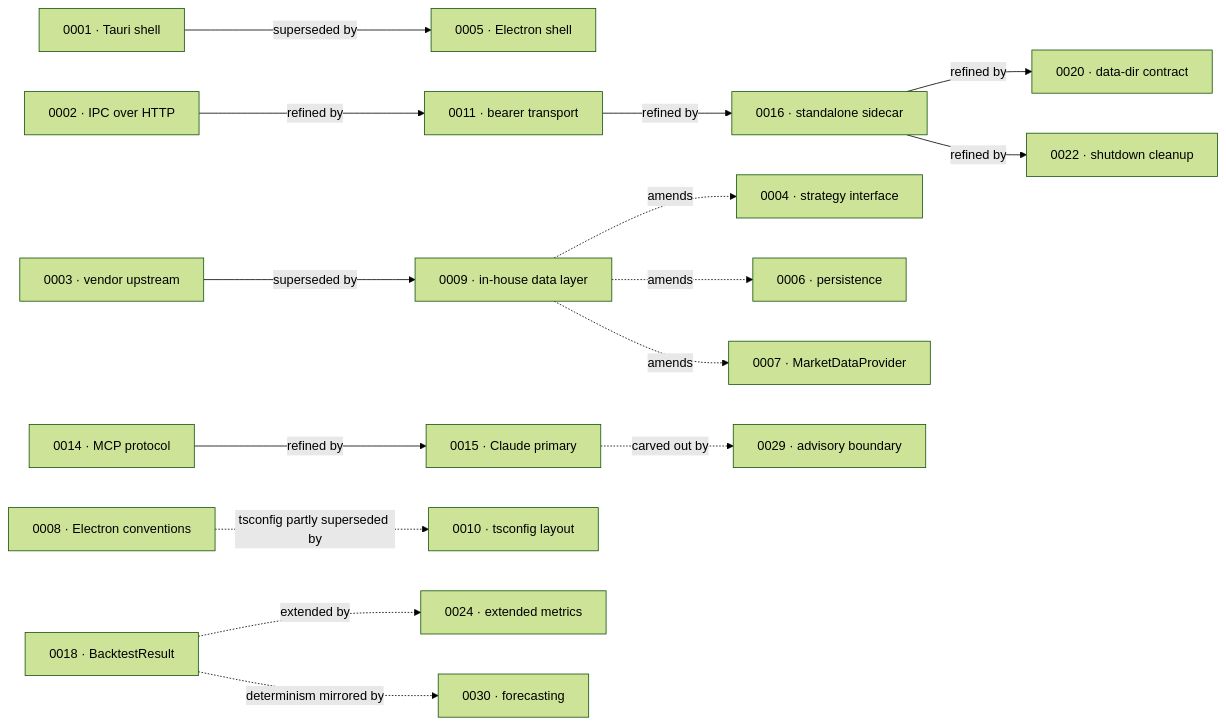
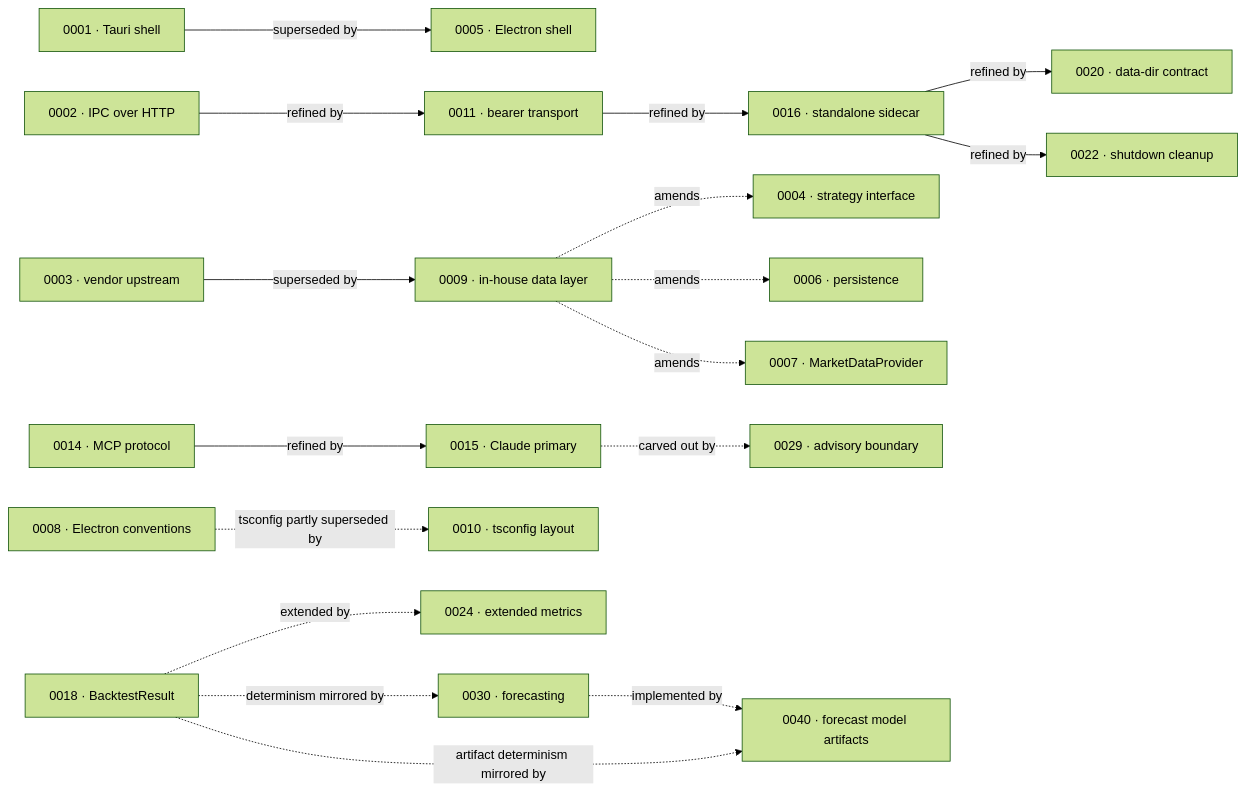
Before and after one commit to IgorKonovalov/market-analyzer: the diagram in docs/architecture/adrs/README.md, drawn with Mermaid (forest theme). The commit also changed other lines of this file and 3 other files, not shown here.

First line of the commit message:
docs(architecture): draft Plan 0036 + ADR-0040 (forecasting pillar)

````diff
--- a/docs/architecture/adrs/README.md
+++ b/docs/architecture/adrs/README.md
@@ -59,22 +60,24 @@
 ```mermaid
 flowchart LR
   %% Supersessions (a later ADR replaces an earlier one)
   a0001["0001 · Tauri shell"] -->|superseded by| a0005["0005 · Electron shell"]
   a0003["0003 · vendor upstream"] -->|superseded by| a0009["0009 · in-house data layer"]
 
   %% Refinements (earlier decision stands; later ADR narrows/extends it)
   a0002["0002 · IPC over HTTP"] -->|refined by| a0011["0011 · bearer transport"]
   a0011 -->|refined by| a0016["0016 · standalone sidecar"]
   a0016 -->|refined by| a0020["0020 · data-dir contract"]
   a0016 -->|refined by| a0022["0022 · shutdown cleanup"]
   a0014["0014 · MCP protocol"] -->|refined by| a0015["0015 · Claude primary"]
 
   %% Partial supersede / amend / extend (dashed: earlier ADR's prose still stands)
   a0008["0008 · Electron conventions"] -.->|tsconfig partly superseded by| a0010["0010 · tsconfig layout"]
   a0009 -.->|amends| a0004["0004 · strategy interface"]
   a0009 -.->|amends| a0006["0006 · persistence"]
   a0009 -.->|amends| a0007["0007 · MarketDataProvider"]
   a0018["0018 · BacktestResult"] -.->|extended by| a0024["0024 · extended metrics"]
   a0015["0015 · Claude primary"] -.->|carved out by| a0029["0029 · advisory boundary"]
   a0018 -.->|determinism mirrored by| a0030["0030 · forecasting"]
+  a0030 -.->|implemented by| a0040["0040 · forecast model artifacts"]
+  a0018 -.->|artifact determinism mirrored by| a0040
 ```
````
